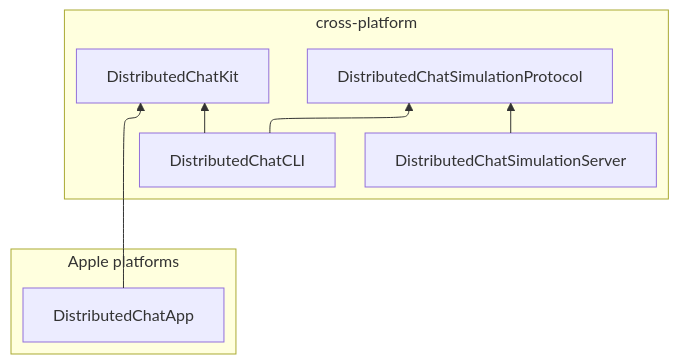
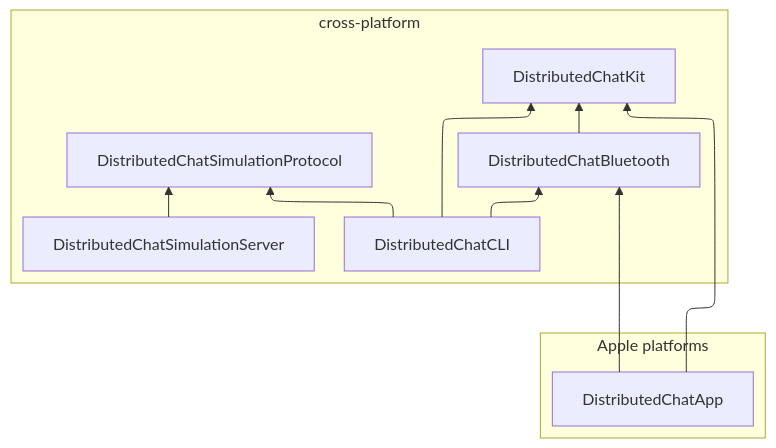
One commit to fwcd/distributed-chat changed the diagram in README.md. Above: the diagram before and after it, drawn with Mermaid.

Commit message:
Add DistributedChatBluetooth to the README diagram

````diff
--- a/README.md
+++ b/README.md
@@ -43,12 +43,15 @@
 ```mermaid
 %%{init: {"flowchart": {"defaultRenderer": "elk"}} }%%
 flowchart BT
     subgraph cross-platform
+        DistributedChatBluetooth --> DistributedChatKit
         DistributedChatCLI --> DistributedChatKit
+        DistributedChatCLI --> DistributedChatBluetooth
         DistributedChatCLI --> DistributedChatSimulationProtocol
         DistributedChatSimulationServer --> DistributedChatSimulationProtocol
     end
     subgraph "Apple platforms"
         DistributedChatApp --> DistributedChatKit
+        DistributedChatApp --> DistributedChatBluetooth
     end
 ```
````
